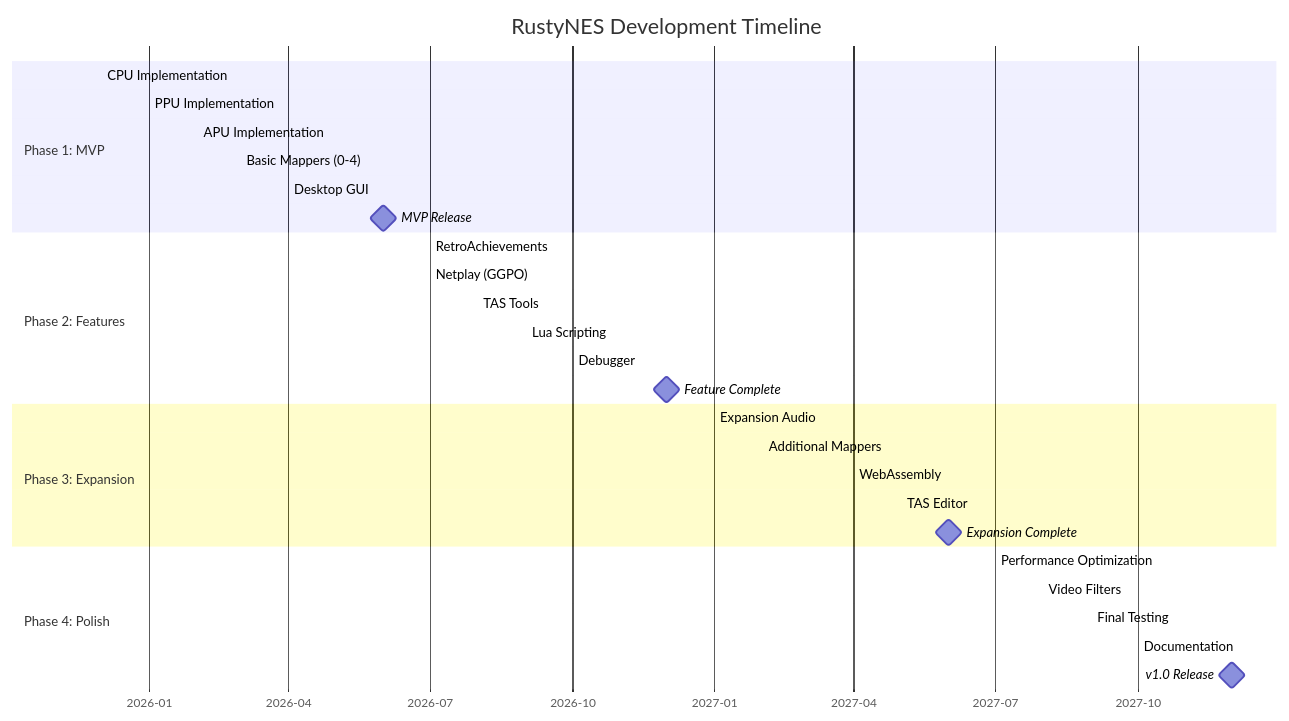
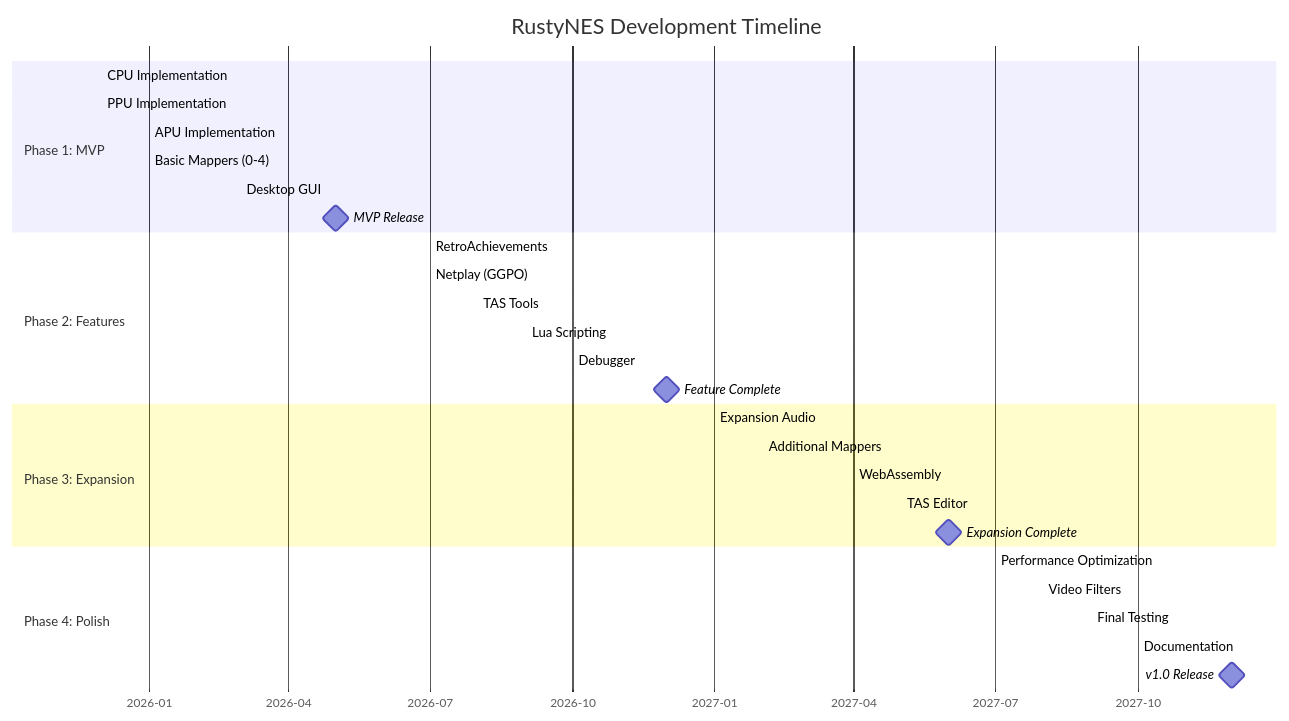
The diagram in ROADMAP.md (doublegate/RustyNES), drawn with Mermaid before and after one commit. The commit also changed other lines of this file and 1 other file, not shown here.

First line of the commit message:
docs(readme,roadmap): comprehensive update reflecting M1/M2 completion and current development status

````diff
--- a/ROADMAP.md
+++ b/ROADMAP.md
@@ -41,36 +71,36 @@
 ```mermaid
 gantt
     title RustyNES Development Timeline
     dateFormat YYYY-MM
     axisFormat %Y-%m
 
     section Phase 1: MVP
-    CPU Implementation           :2025-12, 2m
-    PPU Implementation           :2026-01, 3m
-    APU Implementation           :2026-02, 2m
-    Basic Mappers (0-4)          :2026-03, 2m
-    Desktop GUI                  :2026-04, 2m
-    MVP Release                  :milestone, 2026-06, 0d
+    CPU Implementation           :done, 2025-12, 1m
+    PPU Implementation           :done, 2025-12, 1m
+    APU Implementation           :2026-01, 2m
+    Basic Mappers (0-4)          :2026-01, 2m
+    Desktop GUI                  :2026-03, 2m
+    MVP Release                  :milestone, 2026-05, 0d
 
     section Phase 2: Features
     RetroAchievements           :2026-07, 2m
     Netplay (GGPO)              :2026-07, 3m
     TAS Tools                   :2026-08, 2m
     Lua Scripting               :2026-09, 2m
     Debugger                    :2026-10, 2m
     Feature Complete            :milestone, 2026-12, 0d
 
     section Phase 3: Expansion
     Expansion Audio             :2027-01, 3m
     Additional Mappers          :2027-02, 4m
     WebAssembly                 :2027-04, 2m
     TAS Editor                  :2027-05, 2m
     Expansion Complete          :milestone, 2027-06, 0d
 
     section Phase 4: Polish
     Performance Optimization    :2027-07, 3m
     Video Filters               :2027-08, 2m
     Final Testing               :2027-09, 2m
     Documentation               :2027-10, 2m
     v1.0 Release                :milestone, 2027-12, 0d
 ```
````
